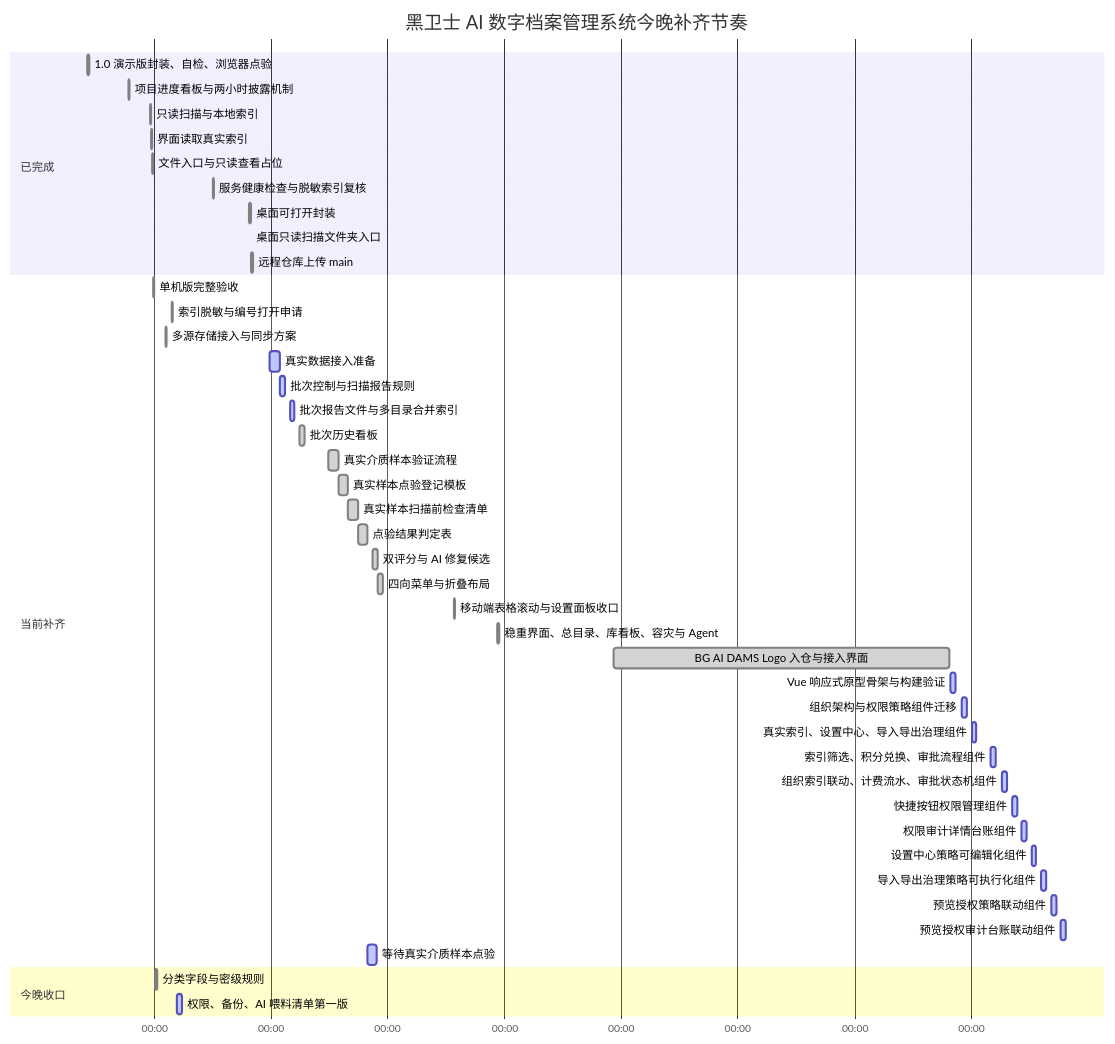
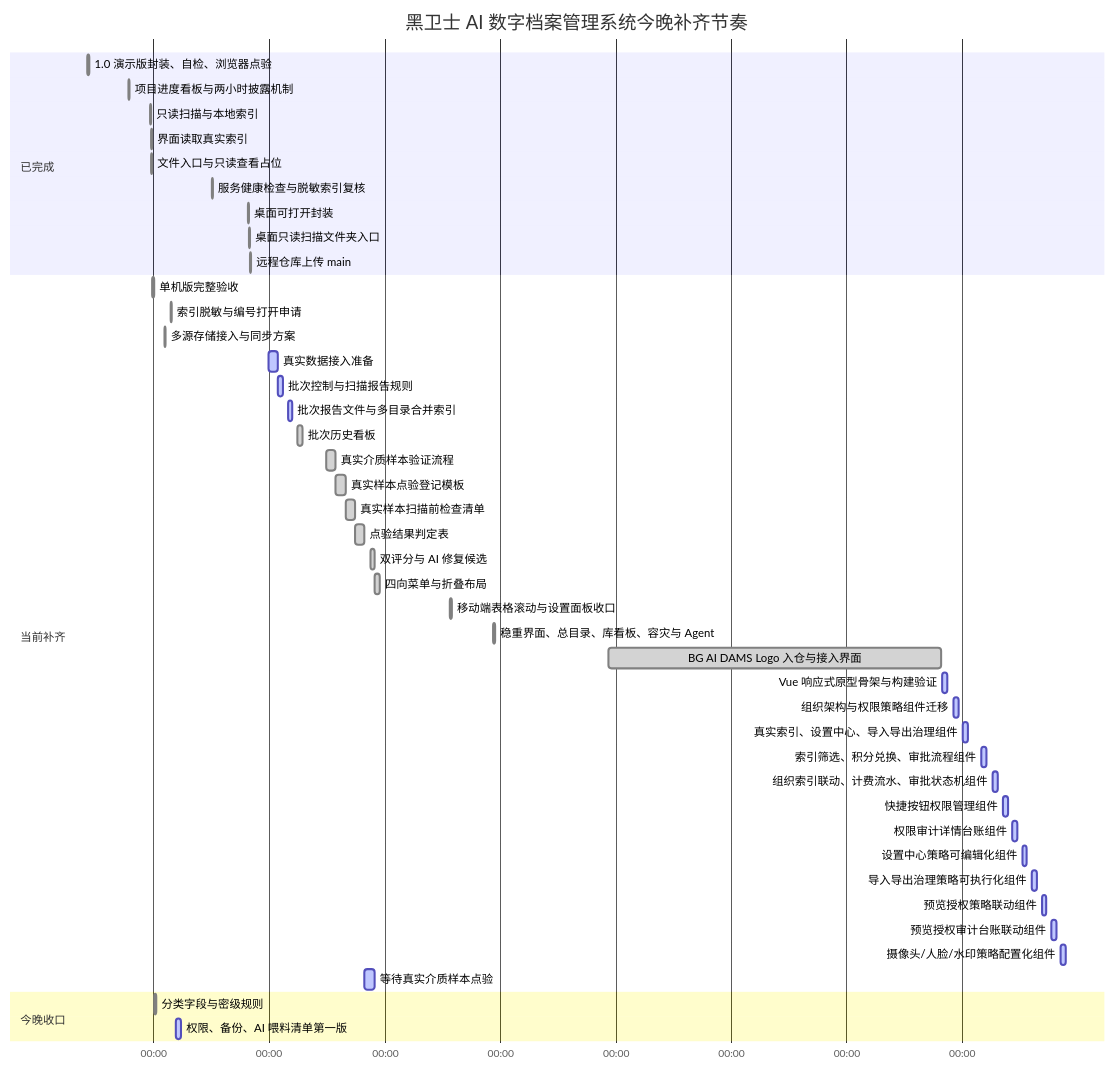
One commit to okalexhohongkong/Alex-Code-Repository changed the diagram in 项目进度看板.md. Above: the diagram before and after it, drawn with Mermaid. The commit also changed other lines of this file and 11 other files, not shown here.

````diff
--- a/项目进度看板.md
+++ b/项目进度看板.md
@@ -29,51 +30,52 @@
 ```mermaid
 gantt
   title 黑卫士 AI 数字档案管理系统今晚补齐节奏
   dateFormat  YYYY-MM-DD HH:mm
   axisFormat  %H:%M
 
   section 已完成
   1.0 演示版封装、自检、浏览器点验        :done, demo-1, 2026-06-21 20:30, 1h
   项目进度看板与两小时披露机制             :done, demo-2, 2026-06-22 13:30, 25m
   只读扫描与本地索引                      :done, local-2, 2026-06-22 22:30, 25m
   界面读取真实索引                        :done, local-3, 2026-06-22 22:55, 20m
   文件入口与只读查看占位                   :done, local-4, 2026-06-22 23:05, 25m
   服务健康检查与脱敏索引复核                :done, local-health, 2026-06-24 00:10, 20m
   桌面可打开封装                           :done, desktop-1, 2026-06-24 15:10, 35m
   桌面只读扫描文件夹入口                    :done, desktop-2, 2026-06-24 15:43, 20m
   远程仓库上传 main                         :done, remote-1, 2026-06-24 16:00, 45m
 
   section 当前补齐
   单机版完整验收                          :done, local-5, 2026-06-22 23:35, 35m
   索引脱敏与编号打开申请                   :done, local-6, 2026-06-23 07:10, 35m
   多源存储接入与同步方案                   :done, storage-1, 2026-06-23 04:30, 35m
   真实数据接入准备                         :active, intake-1, 2026-06-24 23:42, 4h
   批次控制与扫描报告规则                   :active, intake-2, 2026-06-25 03:44, 2h
   批次报告文件与多目录合并索引              :active, intake-3, 2026-06-25 07:47, 2h
   批次历史看板                            :done, intake-4, 2026-06-25 11:50, 2h
   真实介质样本验证流程                    :done, intake-5, 2026-06-25 23:45, 4h
   真实样本点验登记模板                    :done, intake-6, 2026-06-26 03:46, 4h
   真实样本扫描前检查清单                  :done, intake-7, 2026-06-26 07:46, 4h
   点验结果判定表                          :done, intake-8, 2026-06-26 11:46, 4h
   双评分与 AI 修复候选                    :done, ui-score-1, 2026-06-26 18:00, 2h
   四向菜单与折叠布局                      :done, ui-menu-1, 2026-06-26 20:00, 2h
   移动端表格滚动与设置面板收口              :done, ui-mobile-1, 2026-06-28 03:20, 35m
   稳重界面、总目录、库看板、容灾与 Agent     :done, ui-search-1, 2026-06-28 21:00, 1h
   BG AI DAMS Logo 入仓与接入界面              :done, brand-1, 2026-06-30 21:00, 2026-07-06 15:10
   Vue 响应式原型骨架与构建验证                  :active, vue-1, 2026-07-06 15:40, 2h
   组织架构与权限策略组件迁移                    :active, vue-2, 2026-07-06 20:20, 2h
   真实索引、设置中心、导入导出治理组件             :active, vue-3, 2026-07-07 00:20, 2h
   索引筛选、积分兑换、审批流程组件                 :active, vue-4, 2026-07-07 08:10, 2h
   组织索引联动、计费流水、审批状态机组件             :active, vue-5, 2026-07-07 12:50, 2h
   快捷按钮权限管理组件                            :active, vue-6, 2026-07-07 16:55, 2h
   权限审计详情台账组件                            :active, vue-7, 2026-07-07 20:55, 2h
   设置中心策略可编辑化组件                          :active, vue-8, 2026-07-08 00:56, 2h
   导入导出治理策略可执行化组件                       :active, vue-9, 2026-07-08 04:56, 2h
   预览授权策略联动组件                              :active, vue-10, 2026-07-08 09:03, 2h
   预览授权审计台账联动组件                           :active, vue-11, 2026-07-08 13:02, 2h
+  摄像头/人脸/水印策略配置化组件                       :active, vue-12, 2026-07-08 17:03, 2h
   等待真实介质样本点验                    :active, intake-9, 2026-06-26 15:46, 4h
 
   section 今晚收口
   分类字段与密级规则                       :done, class-1, 2026-06-23 00:30, 45m
   权限、备份、AI 喂料清单第一版             :active, class-2, 2026-06-23 09:30, 2h
 ```
````
